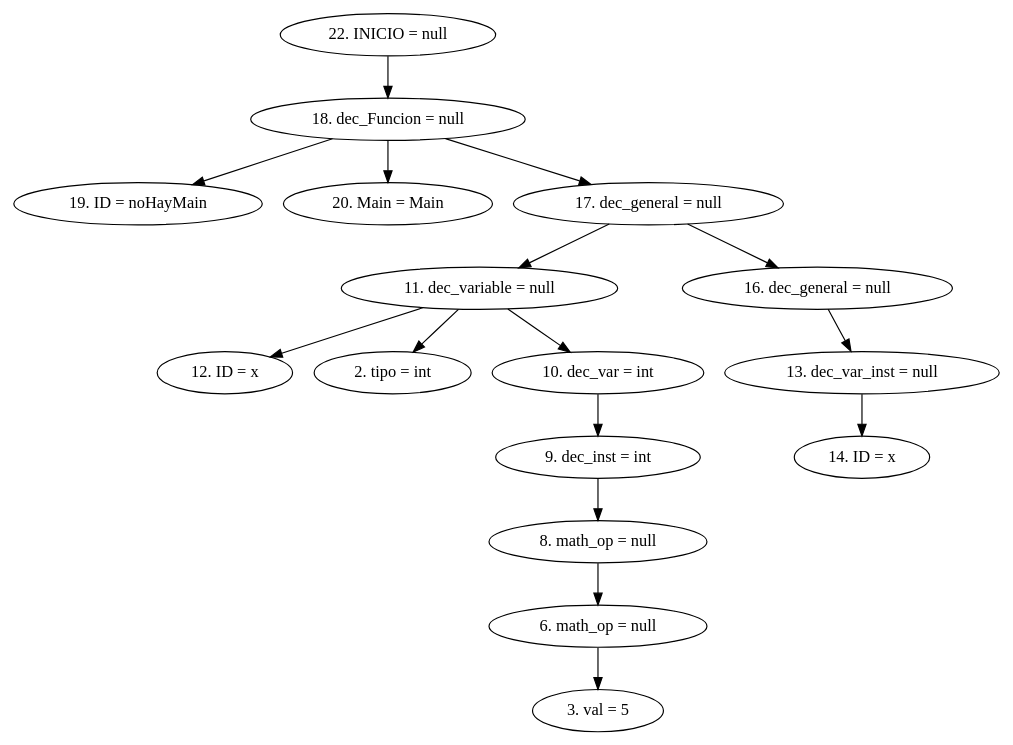
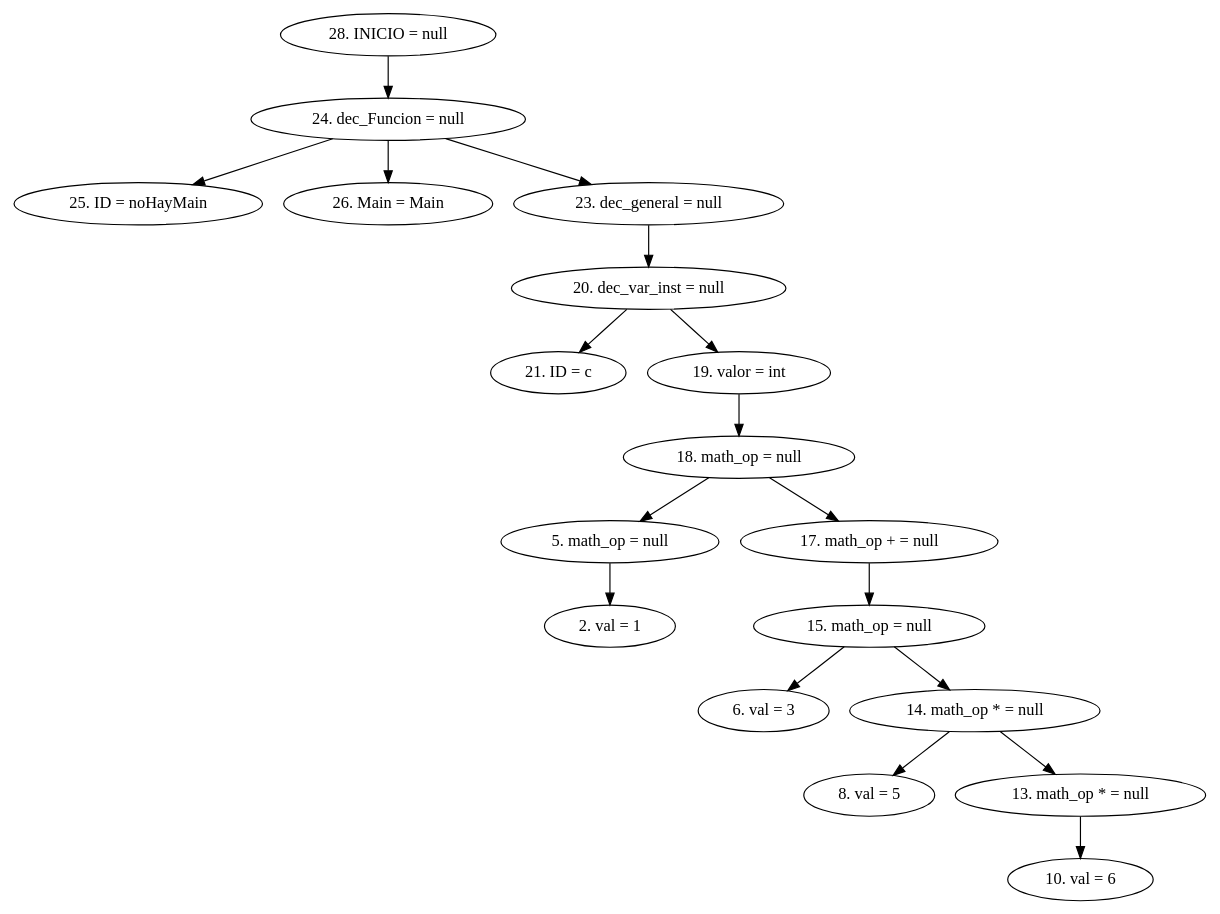
Before and after one commit to CarlosSosVos/NACHTs: the diagram in AST.dot, drawn with Graphviz. The commit also changed 10 other files, not shown here.

```diff
--- a/AST.dot
+++ b/AST.dot
@@ -1,19 +1,21 @@
 digraph G {
-"22. INICIO = null"->"18. dec_Funcion = null"
-"18. dec_Funcion = null"->"19. ID = noHayMain"
-"18. dec_Funcion = null"->"20. Main = Main"
-"18. dec_Funcion = null"->"17. dec_general = null"
-"17. dec_general = null"->"11. dec_variable = null"
-"11. dec_variable = null"->"12. ID = x"
-"11. dec_variable = null"->"2. tipo = int"
-"11. dec_variable = null"->"10. dec_var = int"
-"10. dec_var = int"->"9. dec_inst = int"
-"9. dec_inst = int"->"8. math_op = null"
-"8. math_op = null"->"6. math_op = null"
-"6. math_op = null"->"3. val = 5"
-"17. dec_general = null"->"16. dec_general = null"
-"16. dec_general = null"->"13. dec_var_inst = null"
-"13. dec_var_inst = null"->"14. ID = x"
+"28. INICIO = null"->"24. dec_Funcion = null"
+"24. dec_Funcion = null"->"25. ID = noHayMain"
+"24. dec_Funcion = null"->"26. Main = Main"
+"24. dec_Funcion = null"->"23. dec_general = null"
+"23. dec_general = null"->"20. dec_var_inst = null"
+"20. dec_var_inst = null"->"21. ID = c"
+"20. dec_var_inst = null"->"19. valor = int"
+"19. valor = int"->"18. math_op = null"
+"18. math_op = null"->"5. math_op = null"
+"5. math_op = null"->"2. val = 1"
+"18. math_op = null"->"17. math_op + = null"
+"17. math_op + = null"->"15. math_op = null"
+"15. math_op = null"->"6. val = 3"
+"15. math_op = null"->"14. math_op * = null"
+"14. math_op * = null"->"8. val = 5"
+"14. math_op * = null"->"13. math_op * = null"
+"13. math_op * = null"->"10. val = 6"
 
 
 }
```
